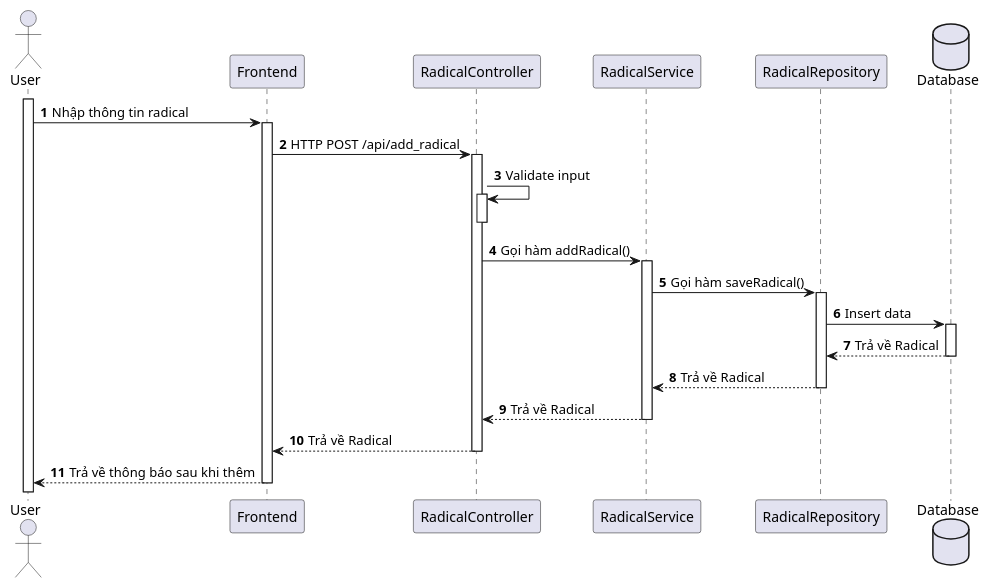
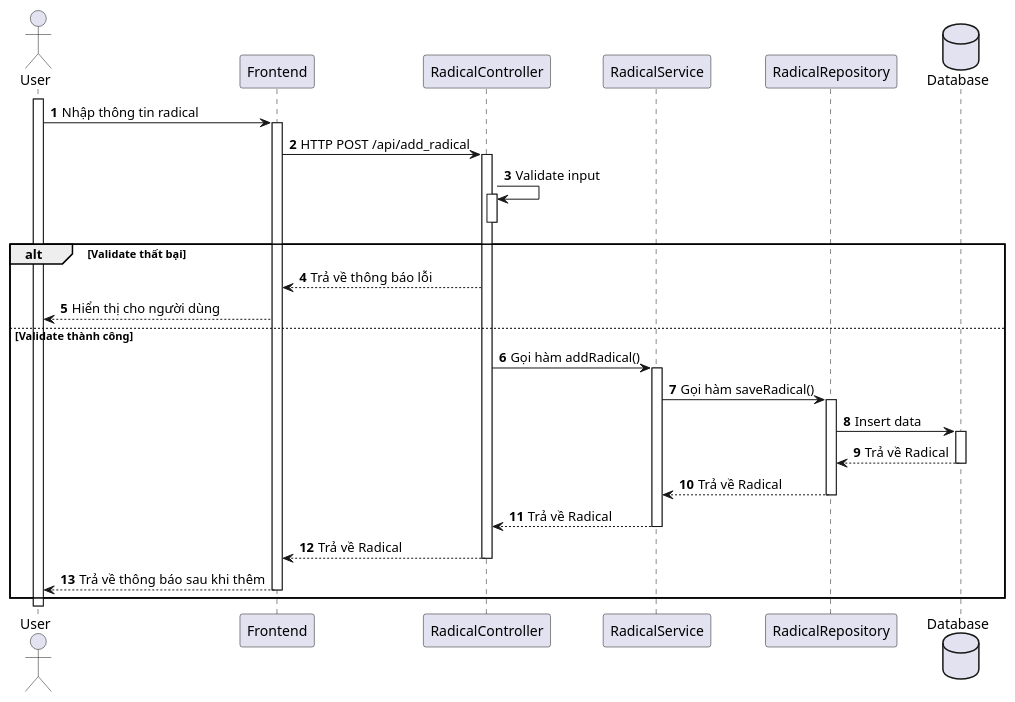
Before and after one commit to Annthe160639/japanese-app: the diagram in japanese-app/plant_uml/Radical/[Sequence] Radical_Add.puml, drawn with PlantUML.

Commit message:
feat: add alt validate input

```diff
--- a/japanese-app/plant_uml/Radical/[Sequence] Radical_Add.puml
+++ b/japanese-app/plant_uml/Radical/[Sequence] Radical_Add.puml
@@ -1,38 +1,45 @@
 @startuml
 actor User
 'participant "Homepage Activity" as Homepage
 participant "Frontend" as Frontend
 participant "RadicalController" as Controller
 participant "RadicalService" as Service
 participant "RadicalRepository" as Repository
 
 database Database
 
 '
 'Use case: Xem danh sách bộ thủ
 '
 
 activate User
 
 autonumber
 User -> Frontend++: Nhập thông tin radical
 
 '
 'Call API get list radical category
 '
 'Homepage -> Radical++: startActivity(intent)
 Frontend -> Controller++: HTTP POST /api/add_radical
 Controller -> Controller: Validate input
 activate Controller
 deactivate Controller
-Controller -> Service++: Gọi hàm addRadical()
-Service -> Repository++: Gọi hàm saveRadical()
-Repository -> Database++: Insert data
-Database --> Repository--: Trả về Radical
-Repository --> Service--: Trả về Radical
-Service --> Controller--: Trả về Radical
-Controller --> Frontend--: Trả về Radical
-Frontend --> User--: Trả về thông báo sau khi thêm
+
+alt Validate thất bại
+    Controller --> Frontend: Trả về thông báo lỗi
+    Frontend --> User: Hiển thị cho người dùng
+else Validate thành công
+     Controller -> Service++: Gọi hàm addRadical()
+    Service -> Repository++: Gọi hàm saveRadical()
+    Repository -> Database++: Insert data
+    Database --> Repository--: Trả về Radical
+    Repository --> Service--: Trả về Radical
+    Service --> Controller--: Trả về Radical
+    Controller --> Frontend--: Trả về Radical
+    Frontend --> User--: Trả về thông báo sau khi thêm
+end
+
 
 
 @enduml
```
